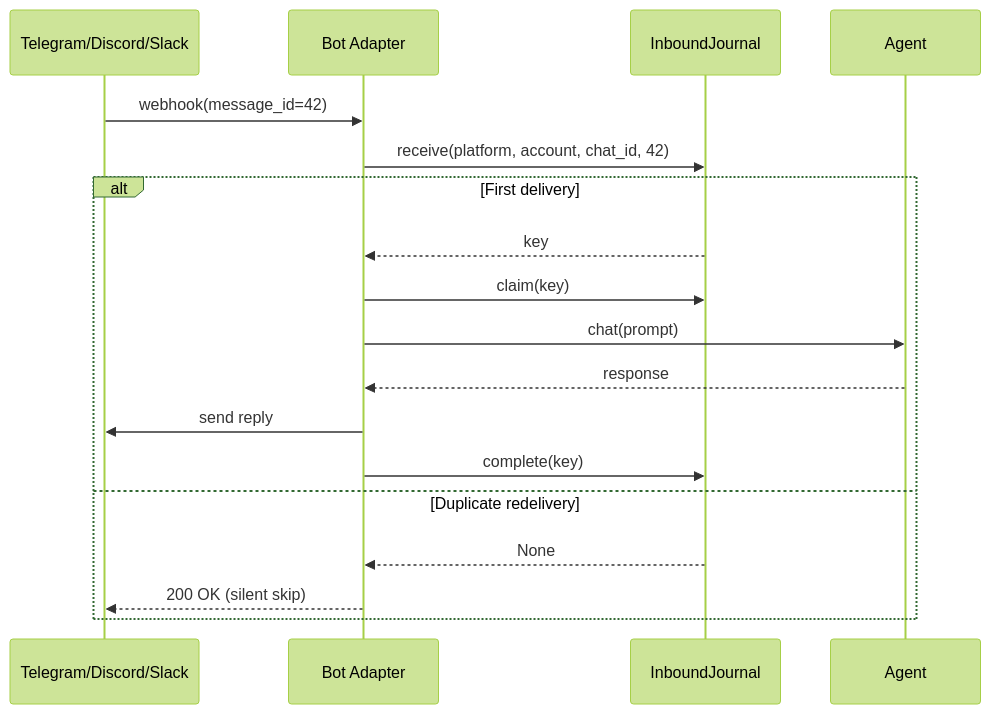
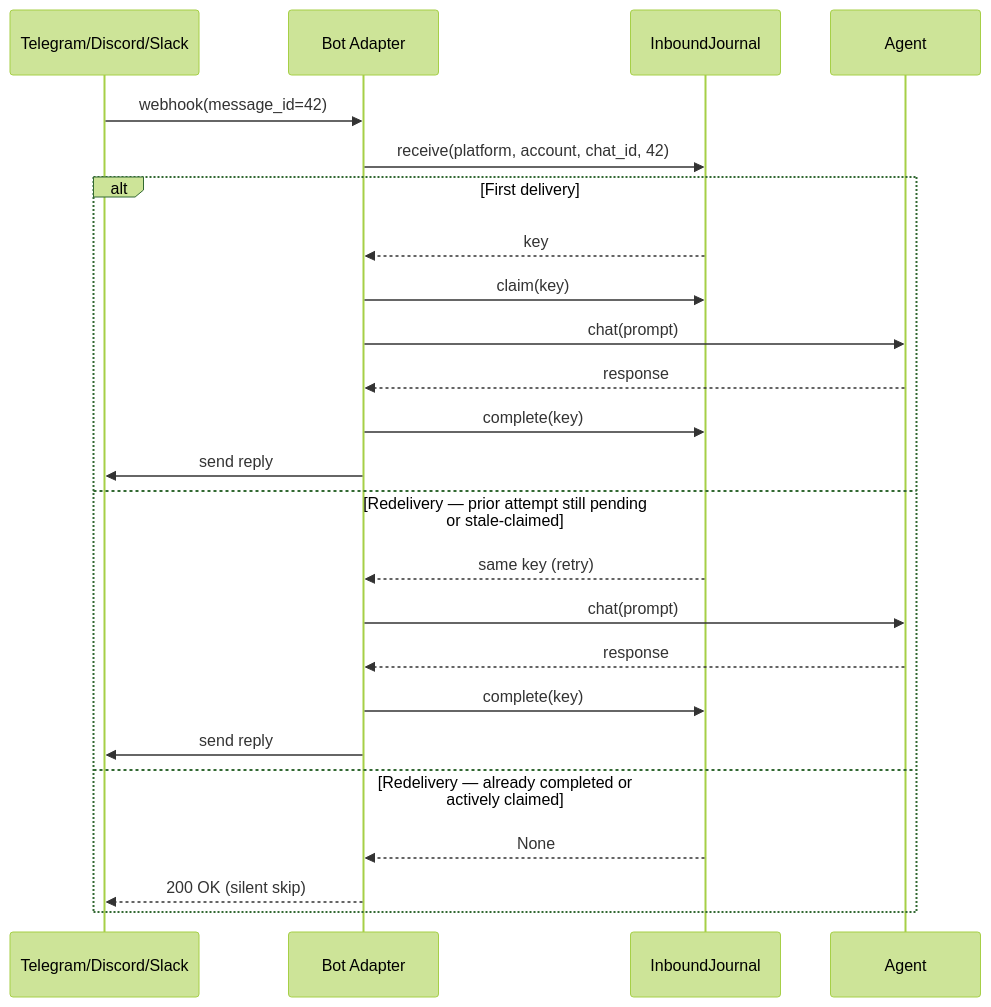
The second of 3 diagrams in docs/features/inbound-journal.mdx (MervinPraison/PraisonAIDocs), drawn with Mermaid (forest theme) before and after one commit. The commit also changed other lines of this file, not shown here.

First line of the commit message:
docs: update Inbound Journal for PR #1989 duplicate/retry behaviour

````diff
--- a/docs/features/inbound-journal.mdx
+++ b/docs/features/inbound-journal.mdx
@@ -59,21 +63,27 @@
 ```mermaid
 sequenceDiagram
     participant Platform as Telegram/Discord/Slack
     participant Adapter as Bot Adapter
     participant Journal as InboundJournal
     participant Agent
 
     Platform->>Adapter: webhook(message_id=42)
     Adapter->>Journal: receive(platform, account, chat_id, 42)
     alt First delivery
         Journal-->>Adapter: key
         Adapter->>Journal: claim(key)
         Adapter->>Agent: chat(prompt)
         Agent-->>Adapter: response
+        Adapter->>Journal: complete(key)
         Adapter->>Platform: send reply
+    else Redelivery — prior attempt still pending or stale-claimed
+        Journal-->>Adapter: same key (retry)
+        Adapter->>Agent: chat(prompt)
+        Agent-->>Adapter: response
         Adapter->>Journal: complete(key)
-    else Duplicate redelivery
+        Adapter->>Platform: send reply
+    else Redelivery — already completed or actively claimed
         Journal-->>Adapter: None
         Adapter-->>Platform: 200 OK (silent skip)
     end
 ```
````
